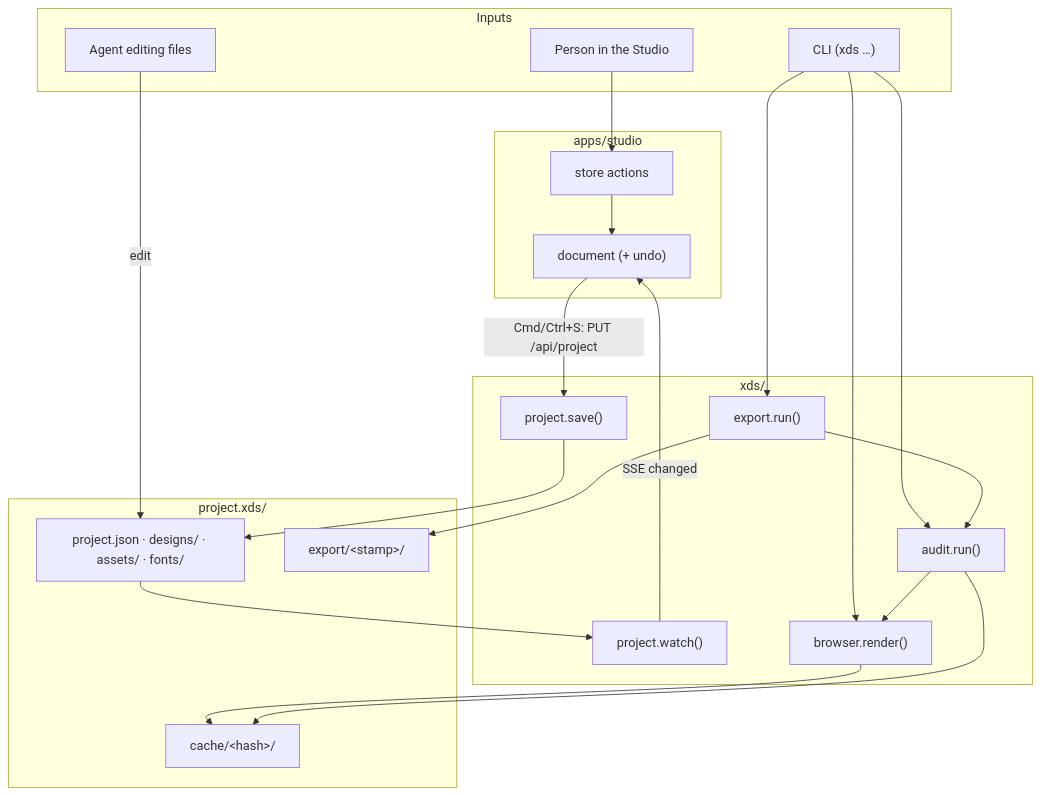
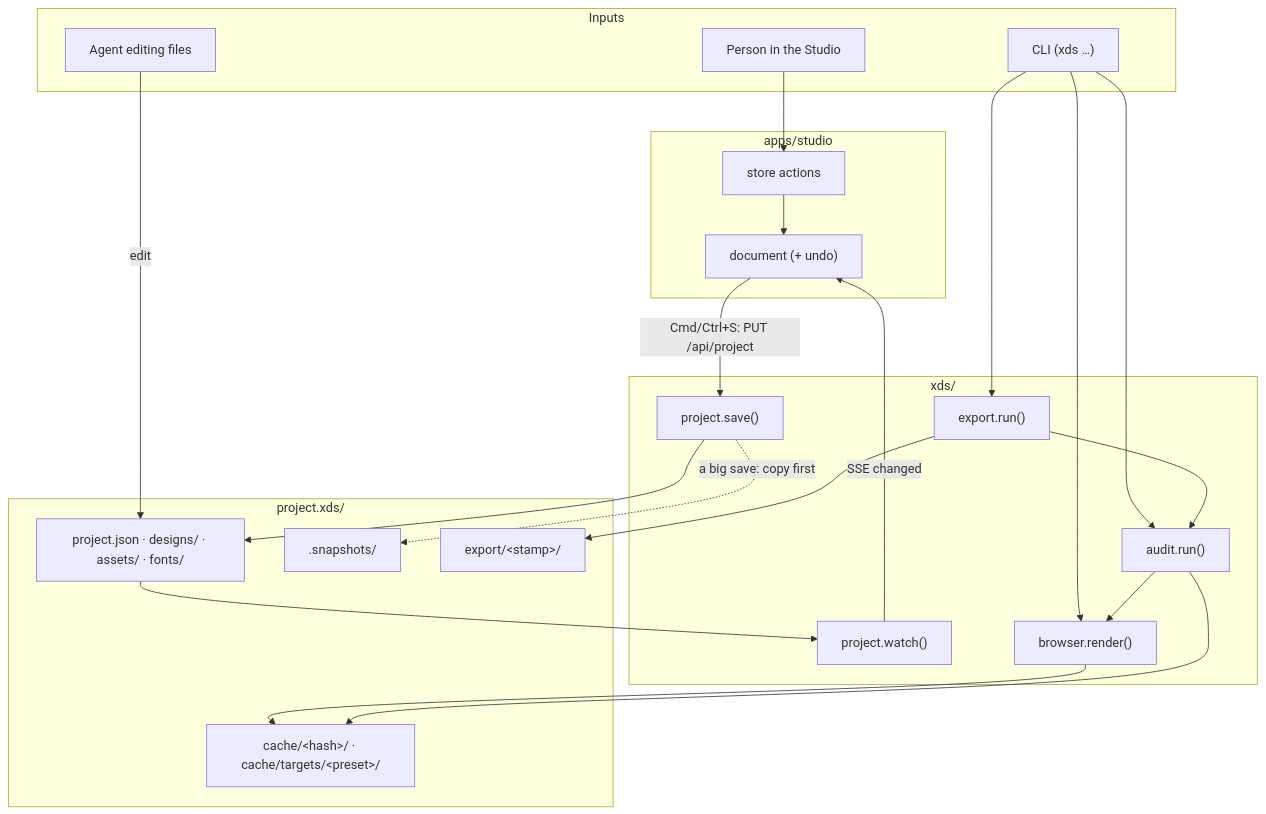
One commit to AvikArefin/xds changed the first of 5 diagrams in docs/dataflow.md. Above: the diagram before and after it, drawn with Mermaid. The commit also changed other lines of this file and 8 other files, not shown here.

````diff
--- a/docs/dataflow.md
+++ b/docs/dataflow.md
@@ -11,38 +11,40 @@
 ```mermaid
 flowchart TB
   subgraph Inputs
     H["Person in the Studio"]
     A["Agent editing files"]
     C["CLI (xds …)"]
   end
 
   subgraph Browser["apps/studio"]
     ACT["store actions"]
     DOC["document (+ undo)"]
   end
 
   subgraph Python["xds/"]
     SAVE["project.save()"]
     WATCH["project.watch()"]
     BR["browser.render()"]
     AUD["audit.run()"]
     EXP["export.run()"]
   end
 
   subgraph Disk["project.xds/"]
     SRC["project.json · designs/ · assets/ · fonts/"]
-    CACHE["cache/&lt;hash&gt;/"]
+    SNAP[".snapshots/"]
+    CACHE["cache/&lt;hash&gt;/ · cache/targets/&lt;preset&gt;/"]
     OUT["export/&lt;stamp&gt;/"]
   end
 
   H --> ACT --> DOC
   DOC -->|"Cmd/Ctrl+S: PUT /api/project"| SAVE --> SRC
+  SAVE -.->|"a big save: copy first"| SNAP
   A -->|"edit"| SRC
   SRC --> WATCH -->|"SSE changed"| DOC
   C --> BR & AUD & EXP
   BR --> CACHE
   AUD --> BR
   AUD --> CACHE
   EXP --> AUD
   EXP --> OUT
 ```
````
